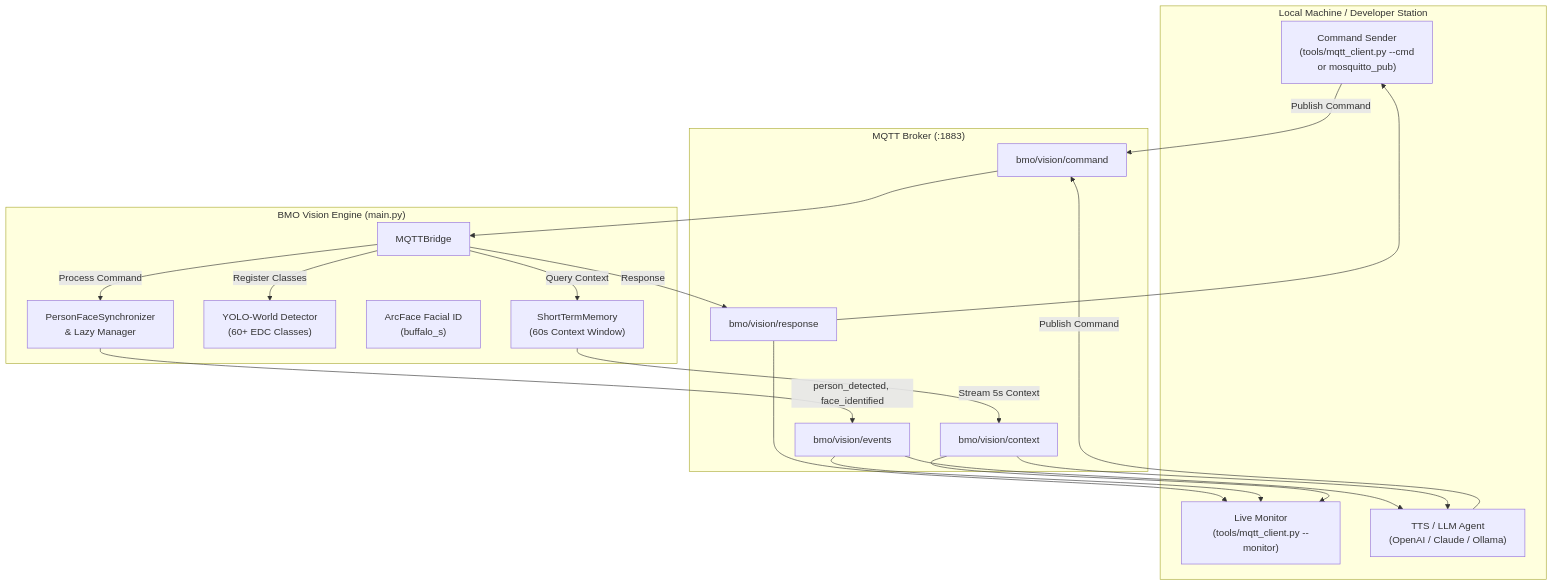
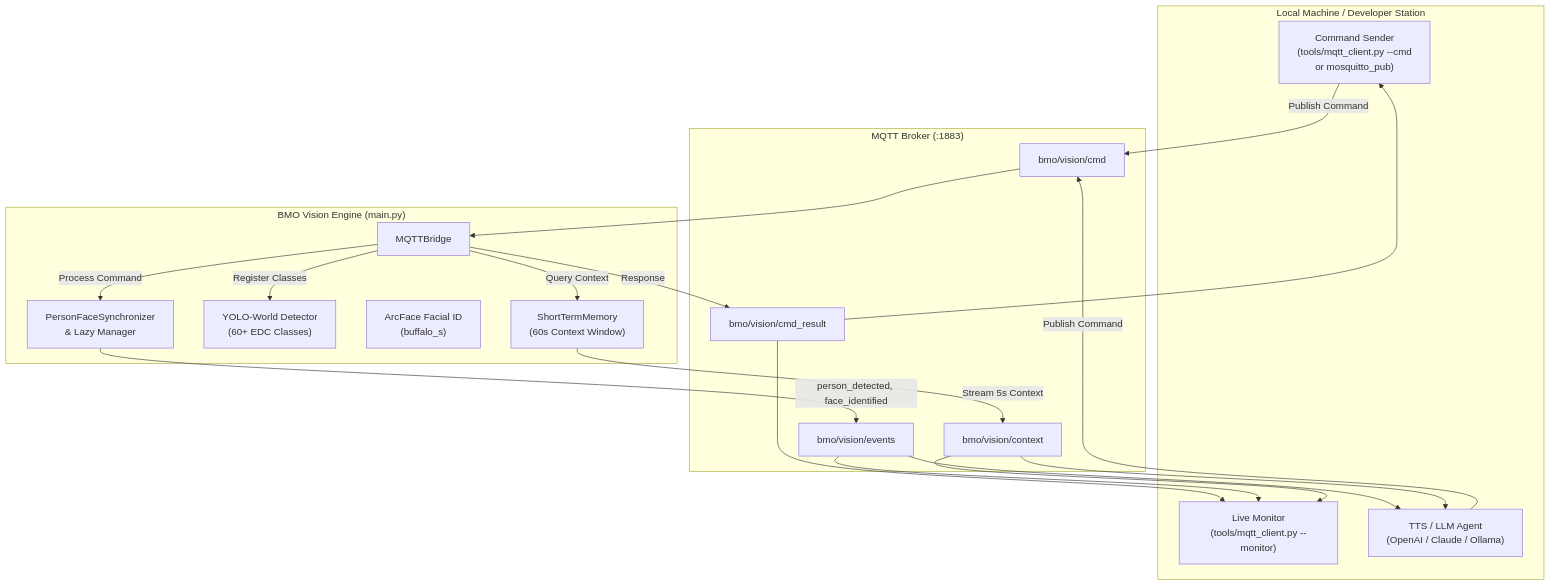
One commit to Amine-Sai/BMO-SMART-COMPANION changed the diagram in MQTT_GUIDE.md. Above: the diagram before and after it, drawn with Mermaid. The commit also changed other lines of this file and 14 other files, not shown here.

Commit message:
T2.3: vision command handshake

````diff
--- a/MQTT_GUIDE.md
+++ b/MQTT_GUIDE.md
@@ -11,43 +11,43 @@
 ```mermaid
 flowchart TD
     subgraph LocalMachine["Local Machine / Developer Station"]
         MON["Live Monitor\n(tools/mqtt_client.py --monitor)"]
         CLIENT["Command Sender\n(tools/mqtt_client.py --cmd <name>\nor mosquitto_pub)"]
         AGENT["TTS / LLM Agent\n(OpenAI / Claude / Ollama)"]
     end
 
     subgraph Broker["MQTT Broker (:1883)"]
-        T_CMD["bmo/vision/command"]
-        T_RESP["bmo/vision/response"]
+        T_CMD["bmo/vision/cmd"]
+        T_RESP["bmo/vision/cmd_result"]
         T_EVT["bmo/vision/events"]
         T_CTX["bmo/vision/context"]
     end
 
     subgraph Pipeline["BMO Vision Engine (main.py)"]
         MQTT_B["MQTTBridge"]
         SYNC["PersonFaceSynchronizer\n& Lazy Manager"]
         YOLO["YOLO-World Detector\n(60+ EDC Classes)"]
         FACE["ArcFace Facial ID\n(buffalo_s)"]
         MEM["ShortTermMemory\n(60s Context Window)"]
     end
 
     CLIENT -->|Publish Command| T_CMD
     AGENT -->|Publish Command| T_CMD
     T_CMD --> MQTT_B
 
     MQTT_B -->|Process Command| SYNC
     MQTT_B -->|Register Classes| YOLO
     MQTT_B -->|Query Context| MEM
 
     MQTT_B -->|Response| T_RESP
     T_RESP --> MON
     T_RESP --> CLIENT
 
     SYNC -->|person_detected, face_identified| T_EVT
     T_EVT --> MON
     T_EVT --> AGENT
 
     MEM -->|Stream 5s Context| T_CTX
     T_CTX --> MON
     T_CTX --> AGENT
 ```
````
